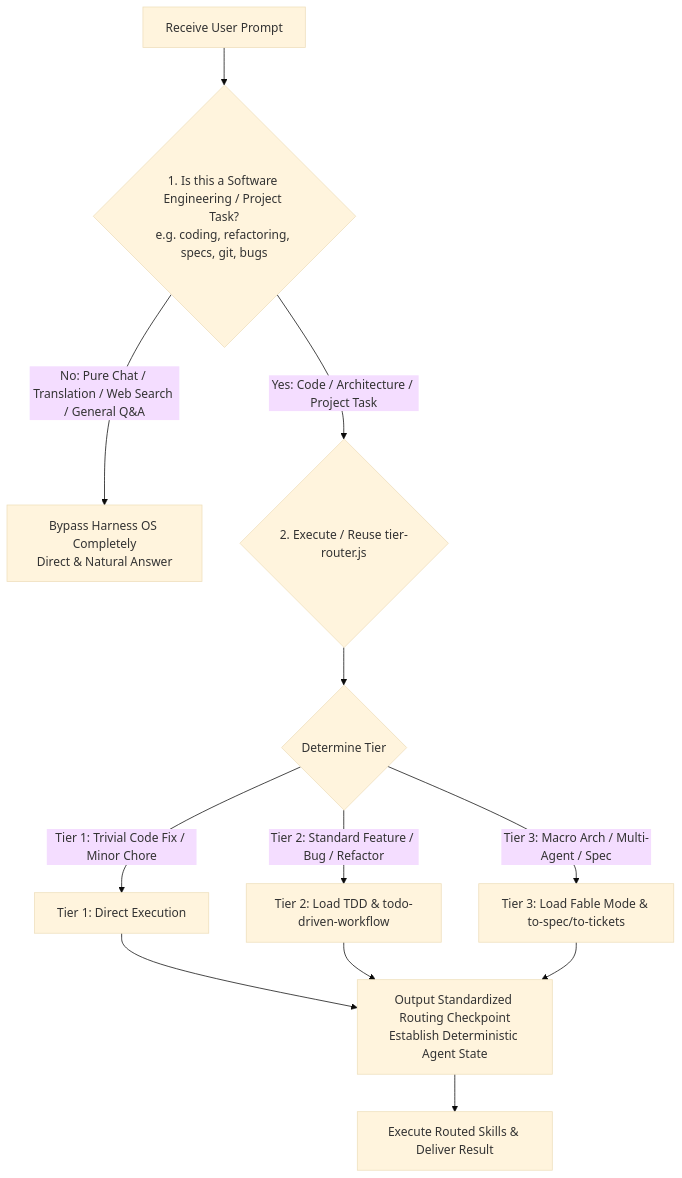
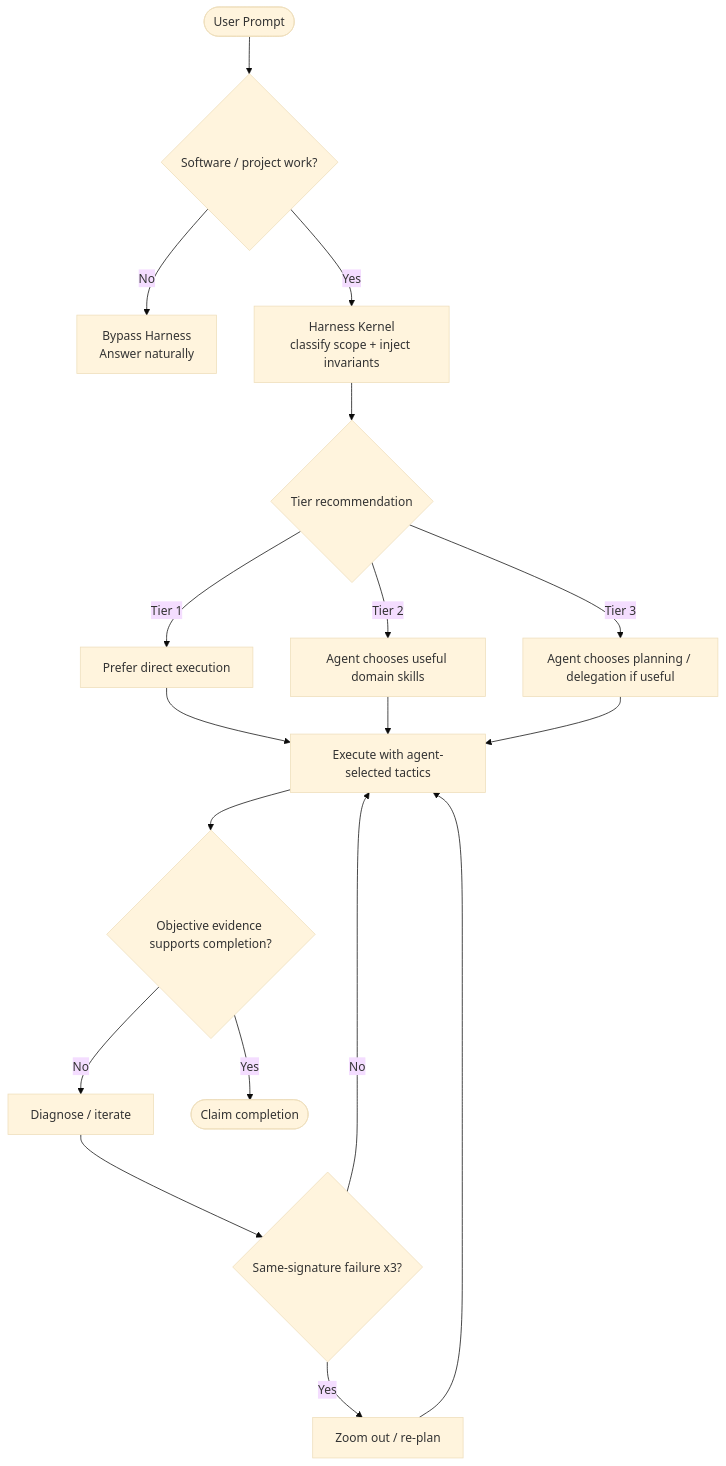
One commit to dyphn1/Harness-everything changed the first of 2 diagrams in harness-everything/references/triage-and-tiers.md. Above: the diagram before and after it, drawn with Mermaid (base theme). The commit also changed other lines of this file and 16 other files, not shown here.

First line of the commit message:
refactor(router): enforce invariants, not workflow order

````diff
--- a/harness-everything/references/triage-and-tiers.md
+++ b/harness-everything/references/triage-and-tiers.md
@@ -7,19 +9,20 @@
 ```mermaid
 flowchart TD
-    Start[Receive User Prompt] --> IntentCheck{1. Is this a Software Engineering / Project Task?<br>e.g. coding, refactoring, specs, git, bugs}
-    
-    IntentCheck -- No: Pure Chat / Translation / Web Search / General Q&A --> Bypass[Bypass Harness OS Completely<br>Direct & Natural Answer]
-    IntentCheck -- Yes: Code / Architecture / Project Task --> RunRouter{2. Execute / Reuse tier-router.js}
-    
-    RunRouter --> DetermineTier{Determine Tier}
-    
-    DetermineTier -- Tier 1: Trivial Code Fix / Minor Chore --> T1[Tier 1: Direct Execution]
-    DetermineTier -- Tier 2: Standard Feature / Bug / Refactor --> T2[Tier 2: Load TDD & todo-driven-workflow]
-    DetermineTier -- Tier 3: Macro Arch / Multi-Agent / Spec --> T3[Tier 3: Load Fable Mode & to-spec/to-tickets]
-    
-    T1 --> OutputContract[Output Standardized Routing Checkpoint<br>Establish Deterministic Agent State]
-    T2 --> OutputContract
-    T3 --> OutputContract
-    
-    OutputContract --> Execute[Execute Routed Skills & Deliver Result]
+    U([User Prompt]) --> S{Software / project work?}
+    S -- No --> B[Bypass Harness<br/>Answer naturally]
+    S -- Yes --> K[Harness Kernel<br/>classify scope + inject invariants]
+    K --> T{Tier recommendation}
+    T -- Tier 1 --> A1[Prefer direct execution]
+    T -- Tier 2 --> A2[Agent chooses useful domain skills]
+    T -- Tier 3 --> A3[Agent chooses planning / delegation if useful]
+    A1 --> E[Execute with agent-selected tactics]
+    A2 --> E
+    A3 --> E
+    E --> V{Objective evidence supports completion?}
+    V -- No --> R[Diagnose / iterate]
+    R --> F{Same-signature failure x3?}
+    F -- No --> E
+    F -- Yes --> Z[Zoom out / re-plan]
+    Z --> E
+    V -- Yes --> D([Claim completion])
 ```
````
